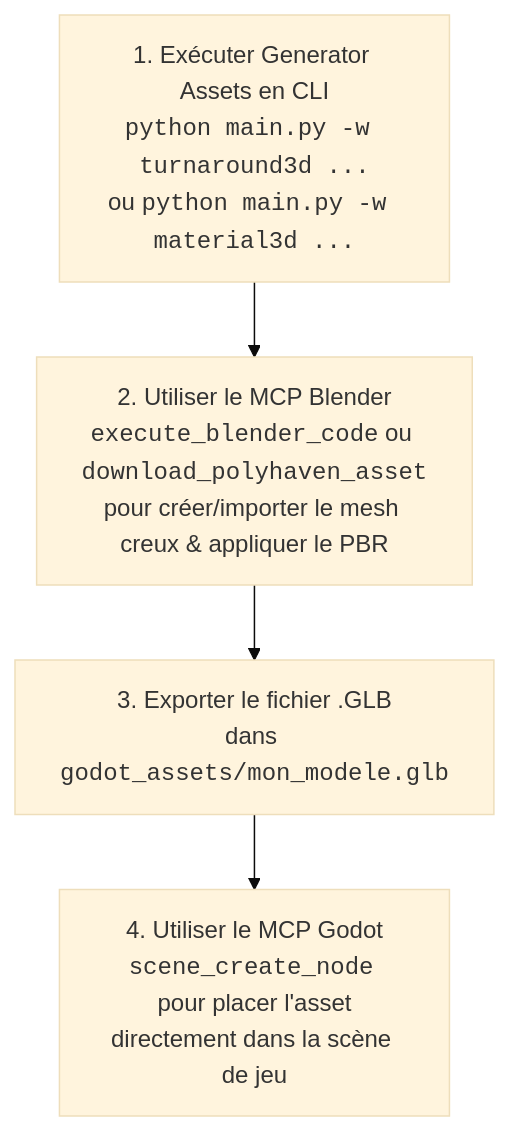
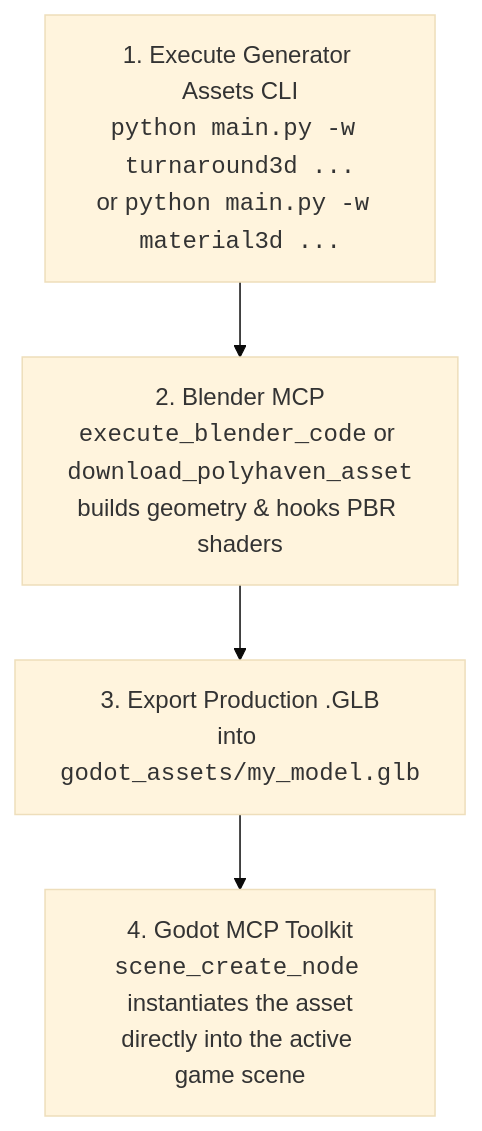
Before and after one commit to laurentvv/generator-assets: the second of 2 diagrams in README.md, drawn with Mermaid (base theme). The commit also changed other lines of this file and 2 other files, not shown here.

````diff
--- a/README.md
+++ b/README.md
@@ -502,6 +359,6 @@
 ```mermaid
 flowchart TD
-    Step1["1. Exécuter Generator Assets en CLI<br><code>python main.py -w turnaround3d ...</code><br>ou <code>python main.py -w material3d ...</code>"] --> Step2["2. Utiliser le MCP Blender<br><code>execute_blender_code</code> ou <code>download_polyhaven_asset</code><br>pour créer/importer le mesh creux & appliquer le PBR"]
-    Step2 --> Step3["3. Exporter le fichier .GLB<br>dans <code>godot_assets/mon_modele.glb</code>"]
-    Step3 --> Step4["4. Utiliser le MCP Godot<br><code>scene_create_node</code> pour placer l'asset<br>directement dans la scène de jeu"]
+    Step1["1. Execute Generator Assets CLI<br><code>python main.py -w turnaround3d ...</code><br>or <code>python main.py -w material3d ...</code>"] --> Step2["2. Blender MCP<br><code>execute_blender_code</code> or <code>download_polyhaven_asset</code><br>builds geometry & hooks PBR shaders"]
+    Step2 --> Step3["3. Export Production .GLB<br>into <code>godot_assets/my_model.glb</code>"]
+    Step3 --> Step4["4. Godot MCP Toolkit<br><code>scene_create_node</code> instantiates the asset<br>directly into the active game scene"]
 ```
````
